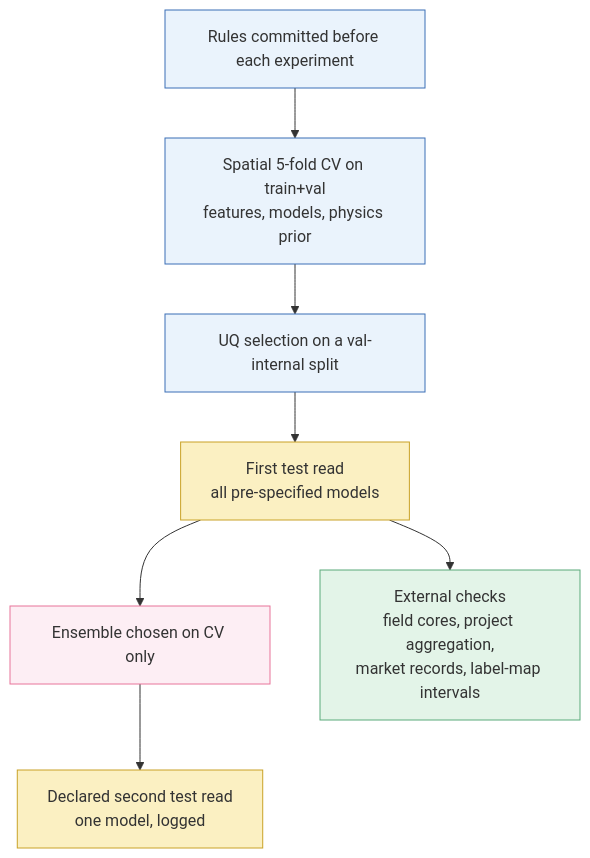
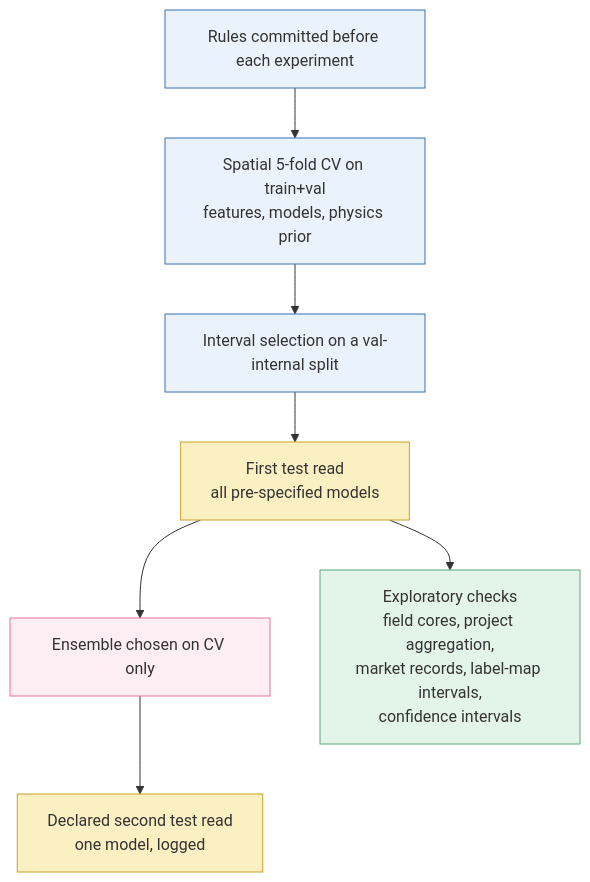
Before and after one commit to Nahla-Nabil/PIGNN-UQ: the second of 2 diagrams in README.md, drawn with Mermaid. The commit also changed other lines of this file, not shown here.

Commit message:
README: reorganized sections, paper files, confidence intervals, field uncertainty, limits of the results

````diff
--- a/README.md
+++ b/README.md
@@ -177,16 +191,16 @@
 ```mermaid
 flowchart TD
     A[Rules committed before each experiment] --> B[Spatial 5-fold CV on train+val<br/>features, models, physics prior]
-    B --> C[UQ selection on a val-internal split]
+    B --> C[Interval selection on a val-internal split]
     C --> D[First test read<br/>all pre-specified models]
     D --> F[Ensemble chosen on CV only]
     F --> G[Declared second test read<br/>one model, logged]
-    D --> H[External checks<br/>field cores, project aggregation,<br/>market records, label-map intervals]
+    D --> H[Exploratory checks<br/>field cores, project aggregation,<br/>market records, label-map intervals,<br/>confidence intervals]
     style A fill:#EAF3FC,stroke:#3B6FB6
     style B fill:#EAF3FC,stroke:#3B6FB6
     style C fill:#EAF3FC,stroke:#3B6FB6
     style D fill:#FBF0C2,stroke:#C9A227
     style G fill:#FBF0C2,stroke:#C9A227
     style F fill:#FDEEF4,stroke:#E8749A
     style H fill:#E3F4E8,stroke:#5BAA7A
 ```
````
